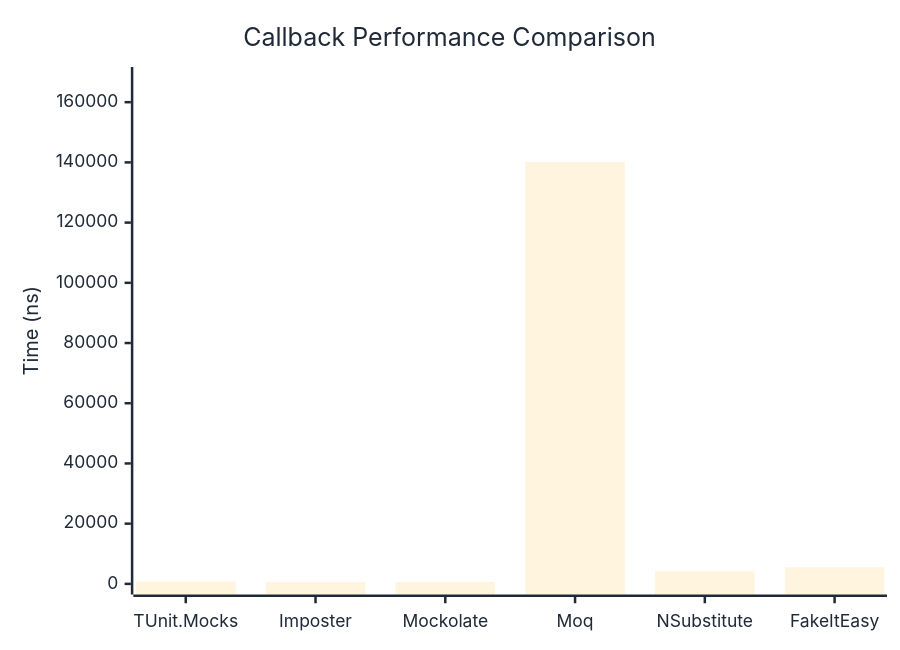
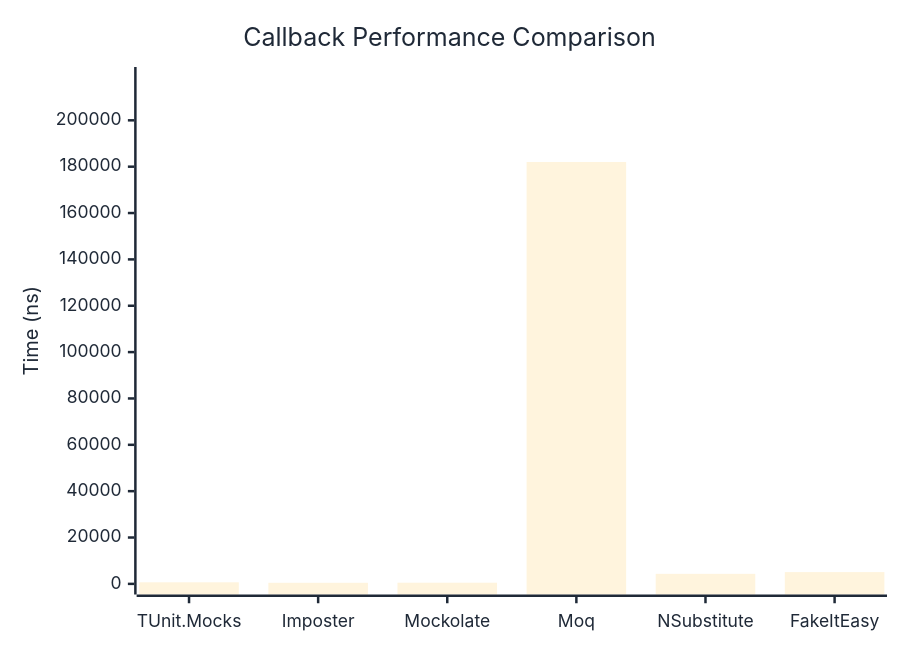
The first of 2 diagrams in docs/docs/benchmarks/mocks/Callback.md (thomhurst/TUnit), drawn with Mermaid before and after one commit. The commit also changed other lines of this file and 14 other files, not shown here.

````diff
--- a/docs/docs/benchmarks/mocks/Callback.md
+++ b/docs/docs/benchmarks/mocks/Callback.md
@@ -28,27 +28,27 @@
 ```mermaid
 %%{init: {
   'theme':'base',
   'themeVariables': {
     'primaryColor': '#2563eb',
     'primaryTextColor': '#1f2937',
     'primaryBorderColor': '#1e40af',
     'lineColor': '#6b7280',
     'secondaryColor': '#7c3aed',
     'tertiaryColor': '#dc2626',
     'background': '#ffffff',
     'pie1': '#2563eb',
     'pie2': '#7c3aed',
     'pie3': '#dc2626',
     'pie4': '#f59e0b',
     'pie5': '#10b981',
     'pie6': '#06b6d4',
     'pie7': '#ec4899',
     'pie8': '#6366f1'
   }
 }}%%
 xychart-beta
   title "Callback Performance Comparison"
   x-axis ["TUnit.Mocks", "Imposter", "Mockolate", "Moq", "NSubstitute", "FakeItEasy"]
-  y-axis "Time (ns)" 0 --> 168157
-  bar [840.6, 560.5, 614.4, 140130.3, 4307, 5535.4]
+  y-axis "Time (ns)" 0 --> 218423
+  bar [683.4, 464.4, 505.2, 182018.6, 4332.1, 5080.6]
 ```
````
